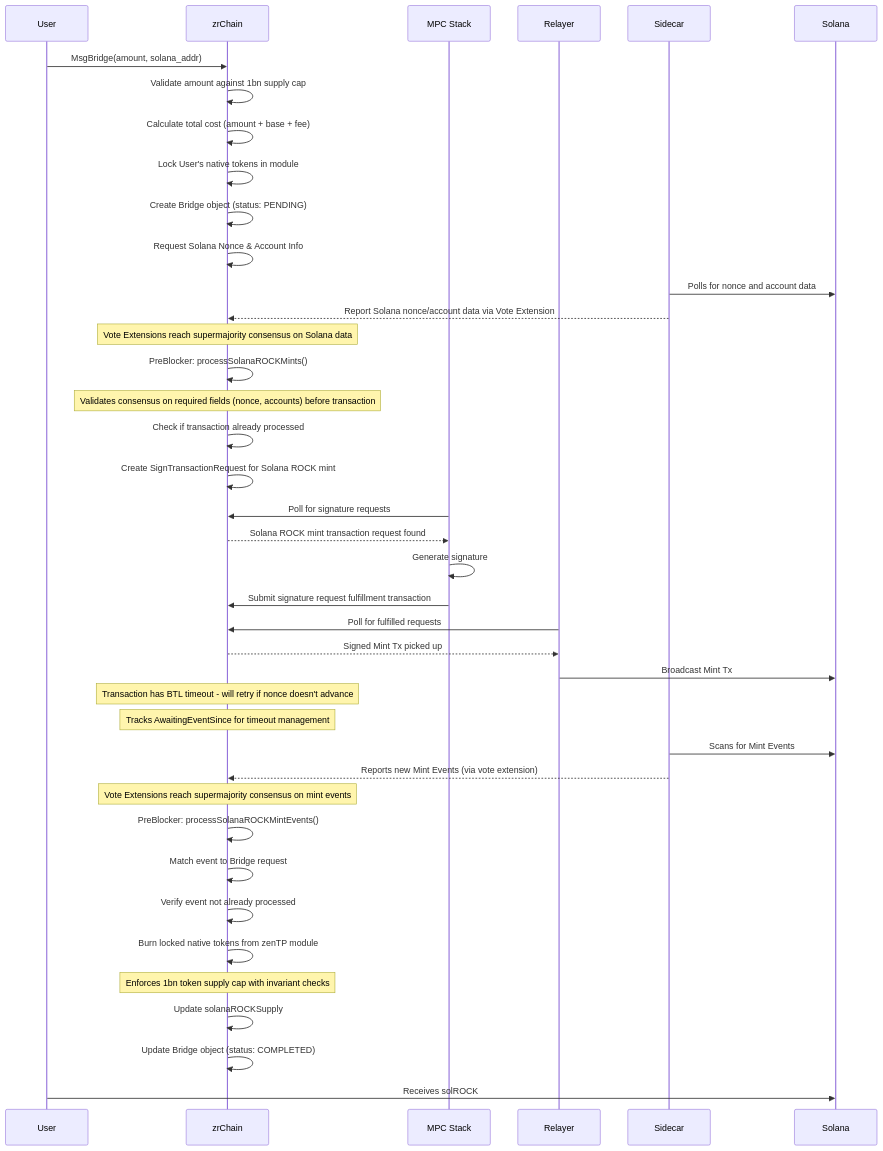
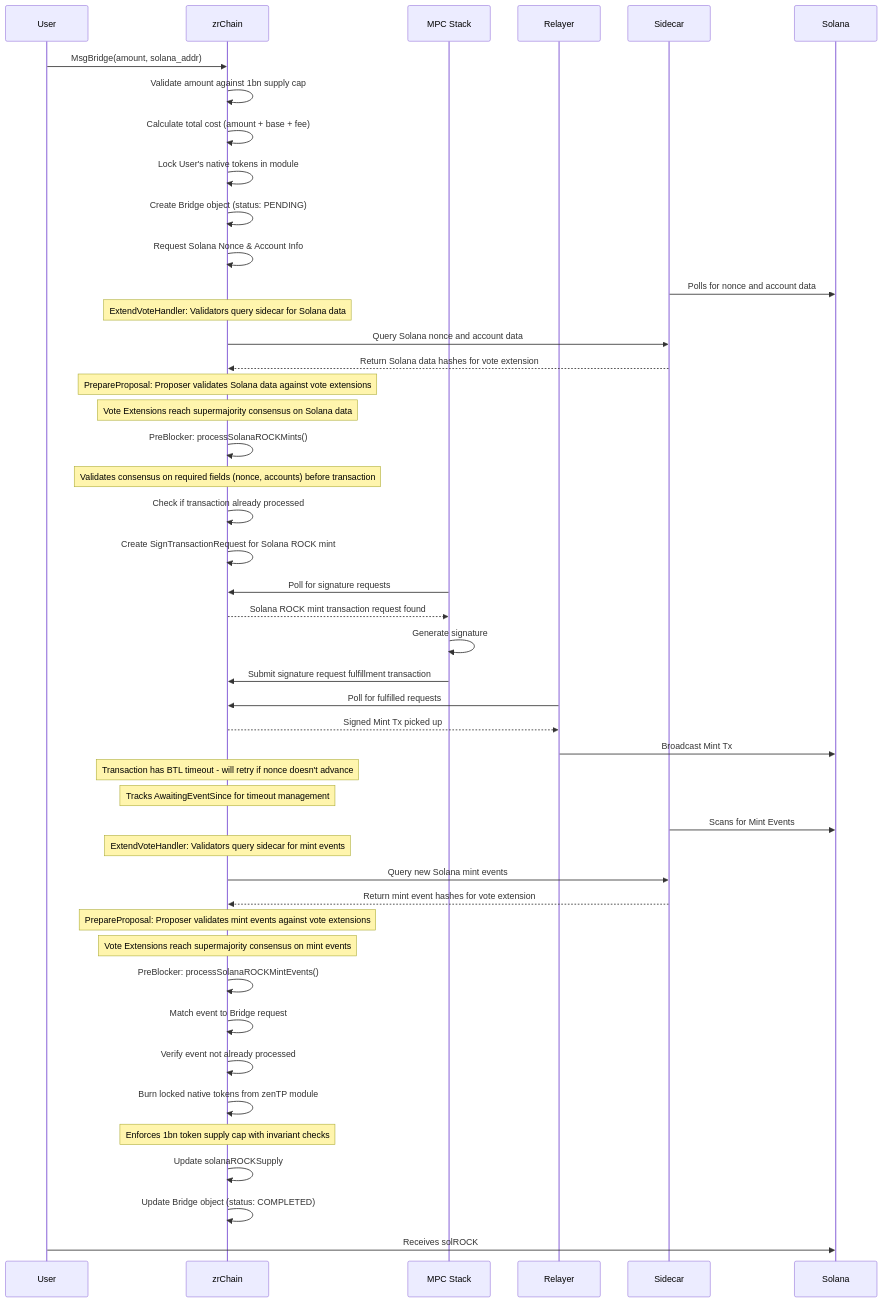
Before and after one commit to zenrocklabs/zrchain: the third of 4 diagrams in docs/README.md, drawn with Mermaid. The commit also changed other lines of this file, not shown here.

````diff
--- a/docs/README.md
+++ b/docs/README.md
@@ -292,45 +319,51 @@
 ```mermaid
 sequenceDiagram
     participant User
     participant zrChain
     participant MPC Stack
     participant Relayer
     participant Sidecar
     participant Solana
 
     User->>zrChain: MsgBridge(amount, solana_addr)
     zrChain->>zrChain: Validate amount against 1bn supply cap
     zrChain->>zrChain: Calculate total cost (amount + base + fee)
     zrChain->>zrChain: Lock User's native tokens in module
     zrChain->>zrChain: Create Bridge object (status: PENDING)
     zrChain->>zrChain: Request Solana Nonce & Account Info
 
     Sidecar->>Solana: Polls for nonce and account data
-    Sidecar-->>zrChain: Report Solana nonce/account data via Vote Extension
+    Note over zrChain: ExtendVoteHandler: Validators query sidecar for Solana data
+    zrChain->>Sidecar: Query Solana nonce and account data
+    Sidecar-->>zrChain: Return Solana data hashes for vote extension
+    Note over zrChain: PrepareProposal: Proposer validates Solana data against vote extensions
     Note over zrChain: Vote Extensions reach supermajority consensus on Solana data
     zrChain->>zrChain: PreBlocker: processSolanaROCKMints()
     Note over zrChain: Validates consensus on required fields (nonce, accounts) before transaction
     zrChain->>zrChain: Check if transaction already processed
     zrChain->>zrChain: Create SignTransactionRequest for Solana ROCK mint
     MPC Stack->>zrChain: Poll for signature requests
     zrChain-->>MPC Stack: Solana ROCK mint transaction request found
     MPC Stack->>MPC Stack: Generate signature
     MPC Stack->>zrChain: Submit signature request fulfillment transaction
     Relayer->>zrChain: Poll for fulfilled requests
     zrChain-->>Relayer: Signed Mint Tx picked up
     Relayer->>Solana: Broadcast Mint Tx
     Note over zrChain: Transaction has BTL timeout - will retry if nonce doesn't advance
     Note over zrChain: Tracks AwaitingEventSince for timeout management
 
     Sidecar->>Solana: Scans for Mint Events
-    Sidecar-->>zrChain: Reports new Mint Events (via vote extension)
+    Note over zrChain: ExtendVoteHandler: Validators query sidecar for mint events
+    zrChain->>Sidecar: Query new Solana mint events
+    Sidecar-->>zrChain: Return mint event hashes for vote extension
+    Note over zrChain: PrepareProposal: Proposer validates mint events against vote extensions
     Note over zrChain: Vote Extensions reach supermajority consensus on mint events
     zrChain->>zrChain: PreBlocker: processSolanaROCKMintEvents()
     zrChain->>zrChain: Match event to Bridge request
     zrChain->>zrChain: Verify event not already processed
     zrChain->>zrChain: Burn locked native tokens from zenTP module
     Note over zrChain: Enforces 1bn token supply cap with invariant checks
     zrChain->>zrChain: Update solanaROCKSupply
     zrChain->>zrChain: Update Bridge object (status: COMPLETED)
     User->>Solana: Receives solROCK
 ```
````
